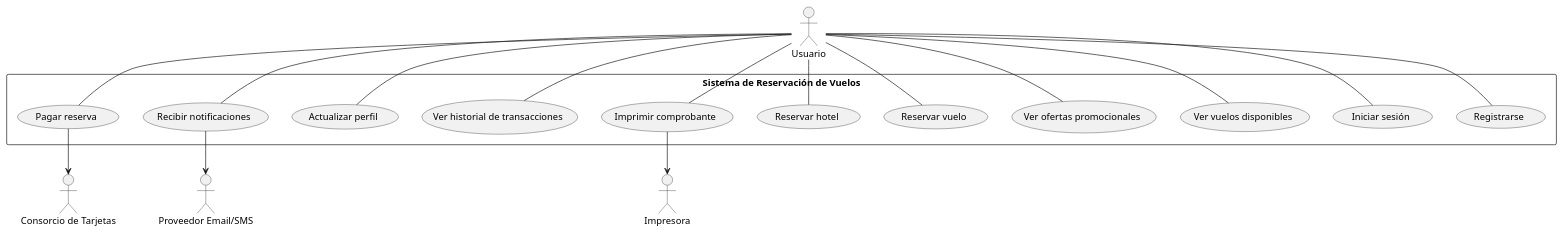
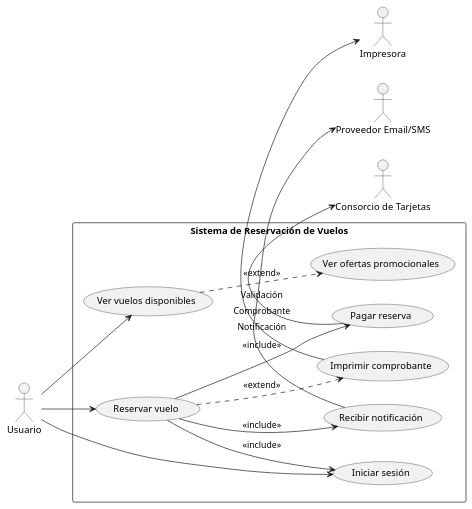
The diagram in full-class-diagram.md (christianbueno1/taller-uml), drawn with PlantUML before and after one commit. The commit also changed other lines of this file, not shown here.

````diff
--- a/full-class-diagram.md
+++ b/full-class-diagram.md
@@ -37,26 +34,38 @@
 ```plantuml
 @startuml
-actor Usuario
+left to right direction
+
+actor Usuario as U
 actor "Consorcio de Tarjetas" as Consorcio
 actor "Proveedor Email/SMS" as Notificaciones
 actor Impresora
 
-rectangle "Sistema de Reservación de Vuelos" {
-    Usuario -- (Registrarse)
-    Usuario -- (Iniciar sesión)
-    Usuario -- (Ver vuelos disponibles)
-    Usuario -- (Ver ofertas promocionales)
-    Usuario -- (Reservar vuelo)
-    Usuario -- (Reservar hotel)
-    Usuario -- (Pagar reserva)
-    Usuario -- (Ver historial de transacciones)
-    Usuario -- (Actualizar perfil)
-    Usuario -- (Recibir notificaciones)
-    Usuario -- (Imprimir comprobante)
+rectangle "Sistema de Reservación de Vuelos" as SRV {
+    (Iniciar sesión) as UC1
+    (Ver vuelos disponibles) as UC2
+    (Ver ofertas promocionales) as UC3
+    (Reservar vuelo) as UC4
+    (Pagar reserva) as UC5
+    (Recibir notificación) as UC6
+    (Imprimir comprobante) as UC7
+}
 
-    (Pagar reserva) --> Consorcio
-    (Recibir notificaciones) --> Notificaciones
-    (Imprimir comprobante) --> Impresora
-}
+' Relaciones de usuario
+U -down-> UC1
+U -down-> UC2
+U -down-> UC4
+
+' Relaciones entre casos de uso
+UC4 --> UC1 : <<include>>
+UC4 --> UC5 : <<include>>
+UC4 --> UC6 : <<include>>
+UC4 ..> UC7 : <<extend>>
+UC2 ..> UC3 : <<extend>>
+
+' Actores externos
+UC5 -right-> Consorcio : Validación
+UC6 -right-> Notificaciones : Notificación
+UC7 -right-> Impresora : Comprobante
+
 @enduml
 ```
````
